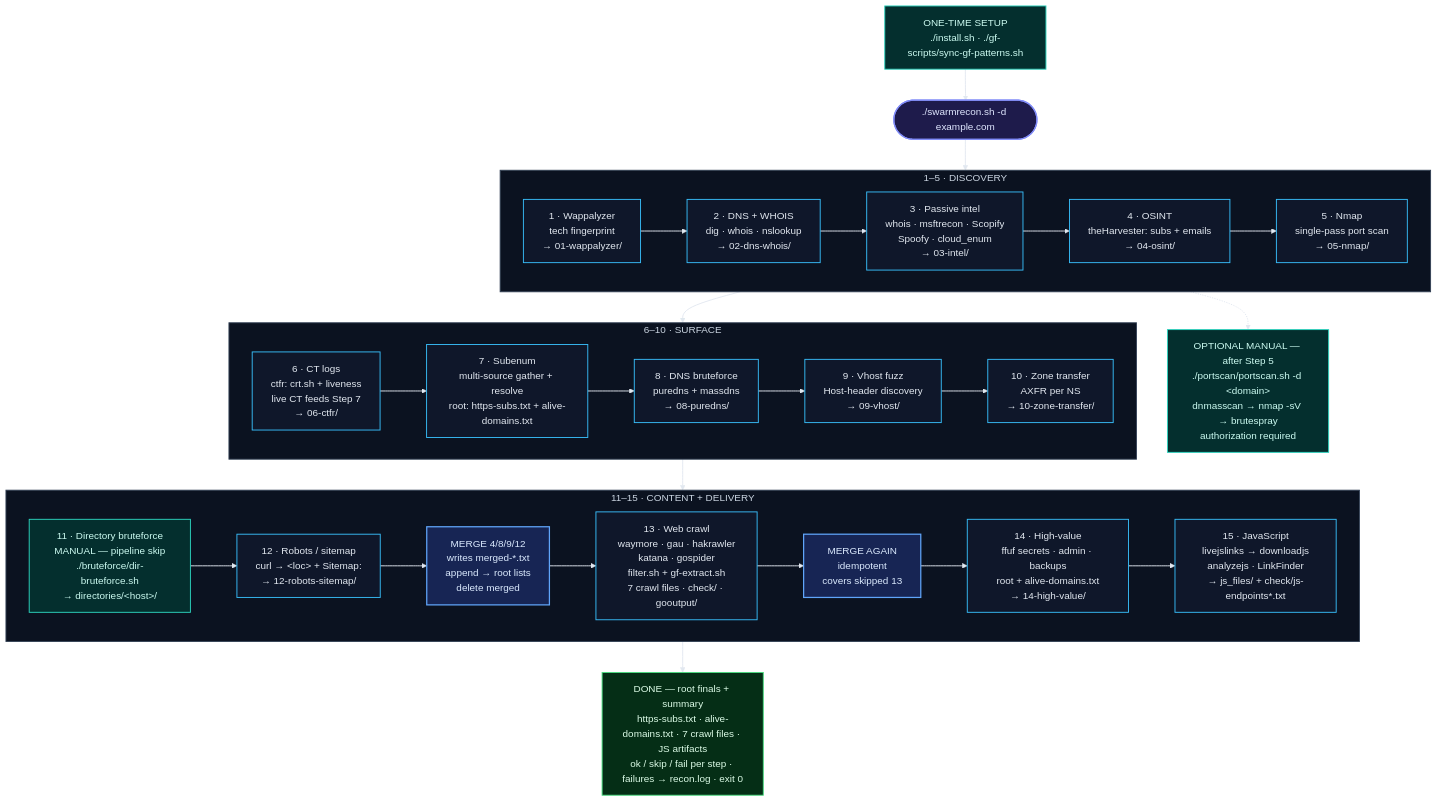
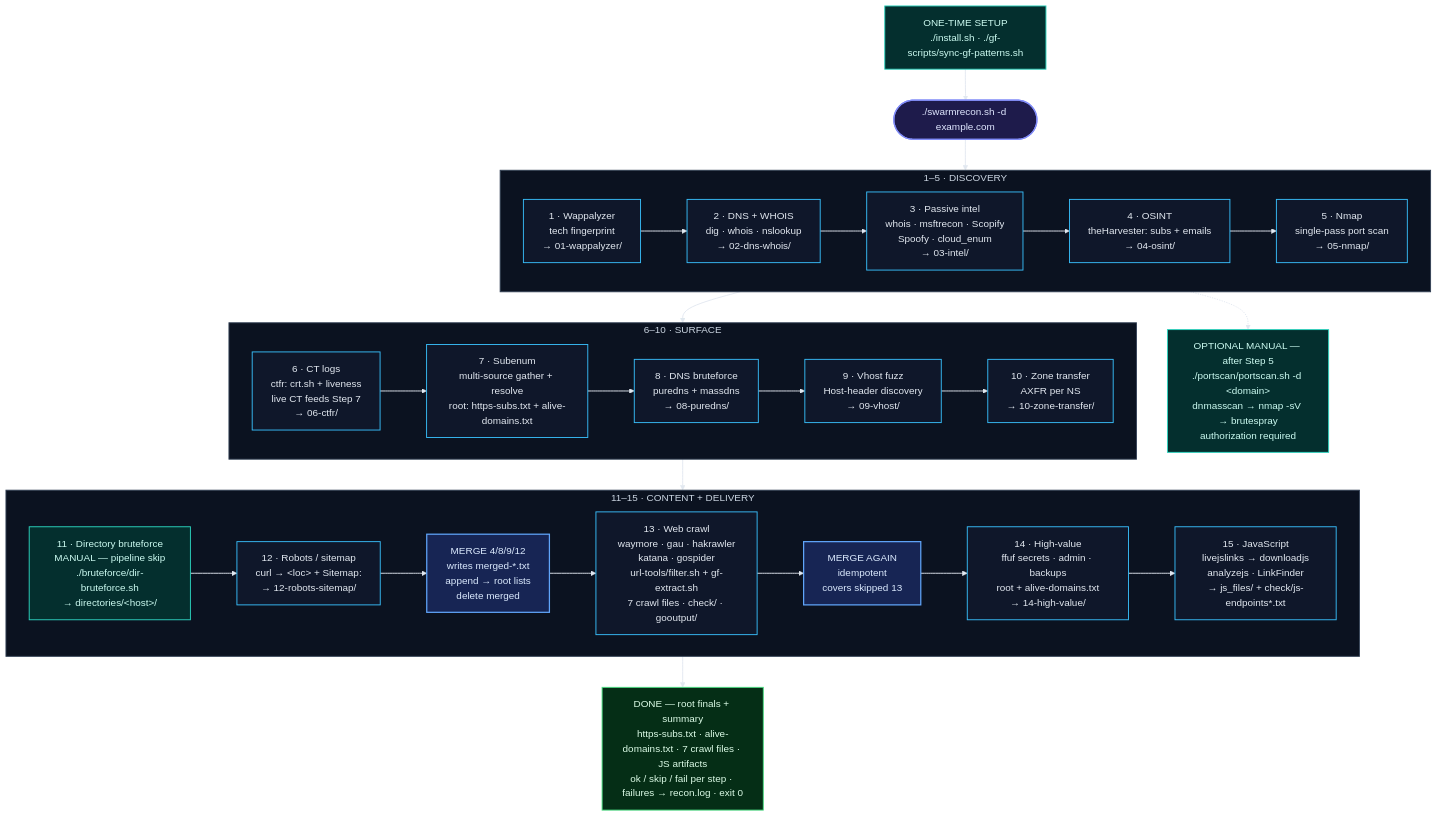
The second of 2 diagrams in README.md (manojxshrestha/swarmrecon), drawn with Mermaid (forest theme) before and after one commit. The commit also changed other lines of this file, not shown here.

Commit message:
Update README.md: fix paths for url-tools/ and js-scripts/ directories

````diff
--- a/README.md
+++ b/README.md
@@ -656,47 +656,47 @@
 ```mermaid
 flowchart TD
     classDef entry fill:#1e1b4b,stroke:#818cf8,stroke-width:2px,color:#e0e7ff
     classDef phase fill:#0f172a,stroke:#38bdf8,stroke-width:1.5px,color:#e2e8f0
     classDef manual fill:#042f2e,stroke:#2dd4bf,stroke-width:1.5px,color:#ccfbf1
     classDef merge fill:#172554,stroke:#60a5fa,stroke-width:2px,color:#dbeafe
     classDef artifact fill:#052e16,stroke:#4ade80,stroke-width:1.5px,color:#dcfce7
 
     SETUP["ONE-TIME SETUP<br/>./install.sh · ./gf-scripts/sync-gf-patterns.sh"]:::manual --> RUN(["./swarmrecon.sh -d example.com"]):::entry
 
     subgraph P1["1–5 · DISCOVERY"]
         direction LR
         S1["1 · Wappalyzer<br/>tech fingerprint<br/>→ 01-wappalyzer/"]:::phase --> S2["2 · DNS + WHOIS<br/>dig · whois · nslookup<br/>→ 02-dns-whois/"]:::phase
         S2 --> S3["3 · Passive intel<br/>whois · msftrecon · Scopify<br/>Spoofy · cloud_enum<br/>→ 03-intel/"]:::phase
         S3 --> S4["4 · OSINT<br/>theHarvester: subs + emails<br/>→ 04-osint/"]:::phase
         S4 --> S5["5 · Nmap<br/>single-pass port scan<br/>→ 05-nmap/"]:::phase
     end
 
     subgraph P2["6–10 · SURFACE"]
         direction LR
         S6["6 · CT logs<br/>ctfr: crt.sh + liveness<br/>live CT feeds Step 7<br/>→ 06-ctfr/"]:::phase --> S7["7 · Subenum<br/>multi-source gather + resolve<br/>root: https-subs.txt + alive-domains.txt"]:::phase
         S7 --> S8["8 · DNS bruteforce<br/>puredns + massdns<br/>→ 08-puredns/"]:::phase
         S8 --> S9["9 · Vhost fuzz<br/>Host-header discovery<br/>→ 09-vhost/"]:::phase
         S9 --> S10["10 · Zone transfer<br/>AXFR per NS<br/>→ 10-zone-transfer/"]:::phase
     end
 
     subgraph P3["11–15 · CONTENT + DELIVERY"]
         direction LR
         S11["11 · Directory bruteforce<br/>MANUAL — pipeline skip<br/>./bruteforce/dir-bruteforce.sh<br/>→ directories/&lt;host&gt;/"]:::manual --> S12["12 · Robots / sitemap<br/>curl → &lt;loc&gt; + Sitemap:<br/>→ 12-robots-sitemap/"]:::phase
         S12 --> M13["MERGE 4/8/9/12<br/>writes merged-*.txt<br/>append → root lists<br/>delete merged"]:::merge
-        M13 --> S13["13 · Web crawl<br/>waymore · gau · hakrawler<br/>katana · gospider<br/>filter.sh + gf-extract.sh<br/>7 crawl files · check/ · gooutput/"]:::phase
+        M13 --> S13["13 · Web crawl<br/>waymore · gau · hakrawler<br/>katana · gospider<br/>url-tools/filter.sh + gf-extract.sh<br/>7 crawl files · check/ · gooutput/"]:::phase
         S13 --> M14["MERGE AGAIN<br/>idempotent<br/>covers skipped 13"]:::merge
         M14 --> S14["14 · High-value<br/>ffuf secrets · admin · backups<br/>root + alive-domains.txt<br/>→ 14-high-value/"]:::phase
         S14 --> S15["15 · JavaScript<br/>livejslinks → downloadjs<br/>analyzejs · LinkFinder<br/>→ js_files/ + check/js-endpoints*.txt"]:::phase
     end
 
     RUN --> S1
     S5 --> S6
     S5 -.-> MPORT["OPTIONAL MANUAL — after Step 5<br/>./portscan/portscan.sh -d &lt;domain&gt;<br/>dnmasscan → nmap -sV → brutespray<br/>authorization required"]:::manual
     S10 --> S11
     S15 --> DONE["DONE — root finals + summary<br/>https-subs.txt · alive-domains.txt · 7 crawl files · JS artifacts<br/>ok / skip / fail per step · failures → recon.log · exit 0"]:::artifact
 
     style P1 fill:#0b1220,stroke:#334155,stroke-width:1.5px,color:#cbd5e1
     style P2 fill:#0b1220,stroke:#334155,stroke-width:1.5px,color:#cbd5e1
     style P3 fill:#0b1220,stroke:#334155,stroke-width:1.5px,color:#cbd5e1
     linkStyle default stroke:#e2e8f0,stroke-width:1.5px
 ```
````
